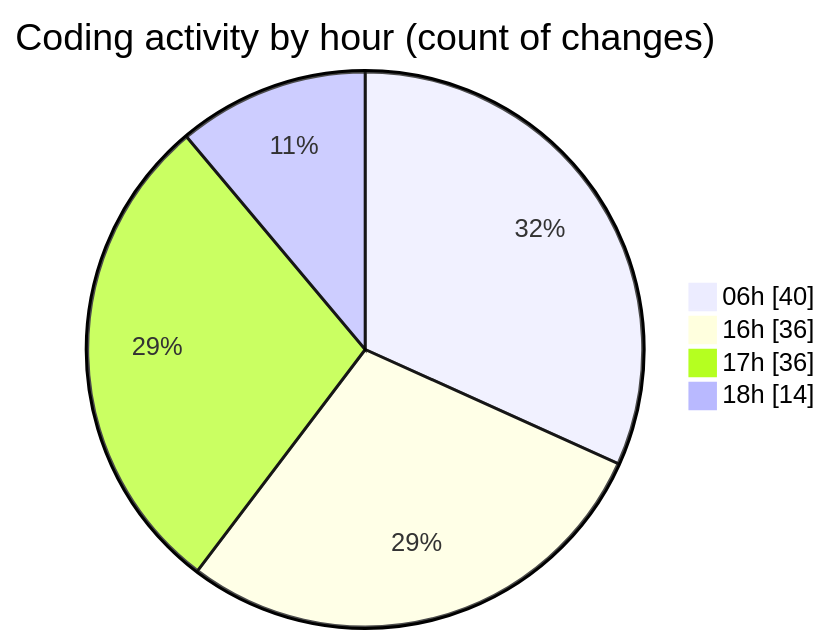
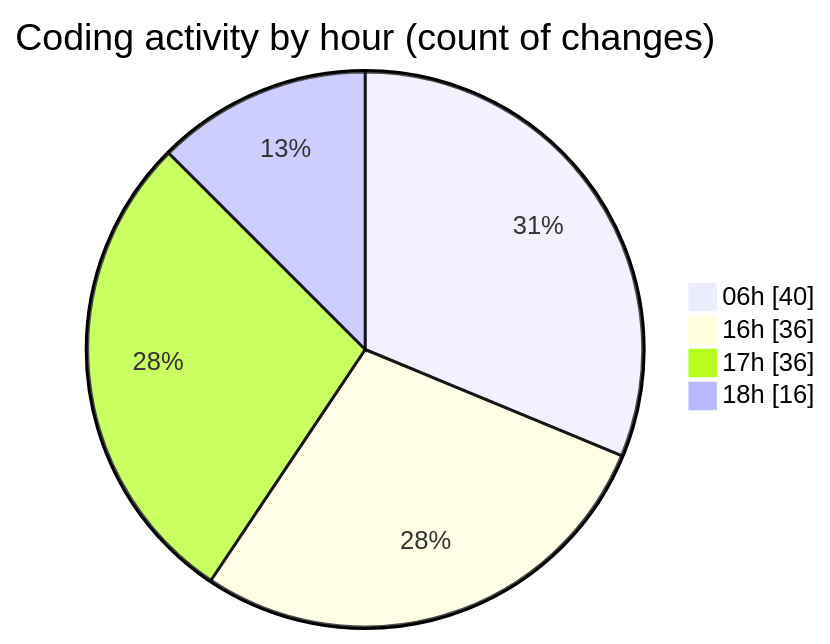
One commit to charlie-sans/code-tracking changed the second of 2 diagrams in 2025-02-25/micros/README.md. Above: the diagram before and after it, drawn with Mermaid. The commit also changed other lines of this file and 1 other file, not shown here.

````diff
--- a/2025-02-25/micros/README.md
+++ b/2025-02-25/micros/README.md
@@ -66,8 +68,8 @@
 ```mermaid
 pie showData
 title Coding activity by hour (count of changes)
 "06h" : 40
 "16h" : 36
 "17h" : 36
-"18h" : 14
+"18h" : 16
 ```
````
